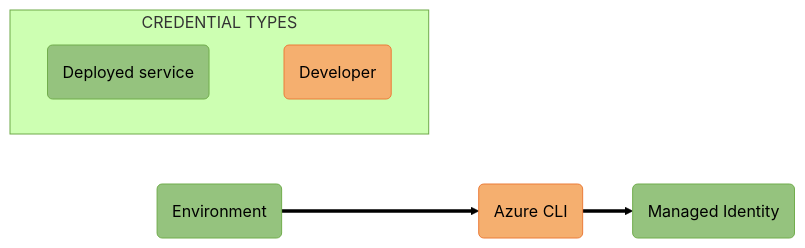
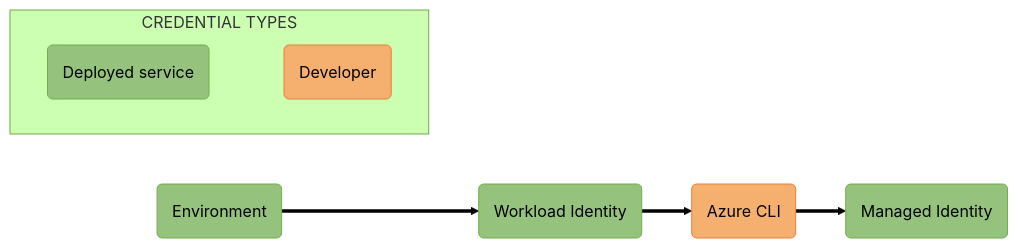
Before and after one commit to Azure/azure-sdk-for-cpp: the diagram in sdk/identity/azure-identity/img/mermaidjs/DefaultAzureCredentialAuthFlow.md, drawn with Mermaid (forest theme). The commit also changed 3 other files, not shown here.

````diff
--- a/sdk/identity/azure-identity/img/mermaidjs/DefaultAzureCredentialAuthFlow.md
+++ b/sdk/identity/azure-identity/img/mermaidjs/DefaultAzureCredentialAuthFlow.md
@@ -1,19 +1,19 @@
 ```mermaid
 %% STEPS TO GENERATE IMAGE
 %% =======================
 %% 1. Install mermaid CLI (see https://github.com/mermaid-js/mermaid-cli/blob/master/README.md)
 %%    v10.0.2 is known good for our process. npm install -g @mermaid-js/mermaid-cli@10.0.2
 %% 2. Run command: mmdc -i DefaultAzureCredentialAuthFlow.md -o DefaultAzureCredentialAuthFlow.svg
 
 flowchart LR;
-    A(Environment):::deployed ==> B(Azure CLI):::developer ==> C(Managed Identity):::deployed;
+    A(Environment):::deployed ==> B(Workload Identity):::deployed ==> C(Azure CLI):::developer ==> D(Managed Identity):::deployed;
 
     subgraph CREDENTIAL TYPES;
         direction LR;
         Deployed(Deployed service):::deployed ~~~ Developer(Developer):::developer;
     end;
 
     %% Define styles for credential type boxes
     classDef deployed fill:#95C37E, stroke:#71AD4C;
     classDef developer fill:#F5AF6F, stroke:#EB7C39;
 ```
````
